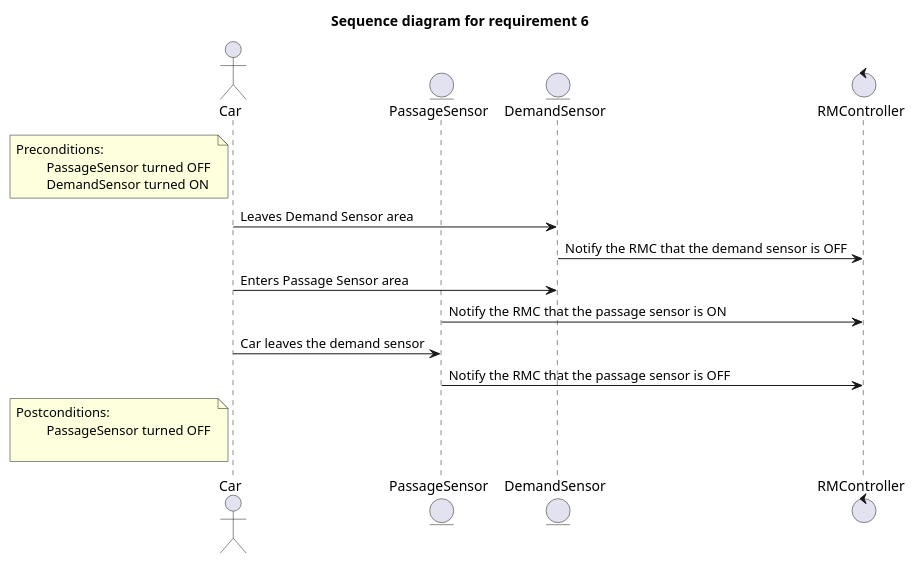
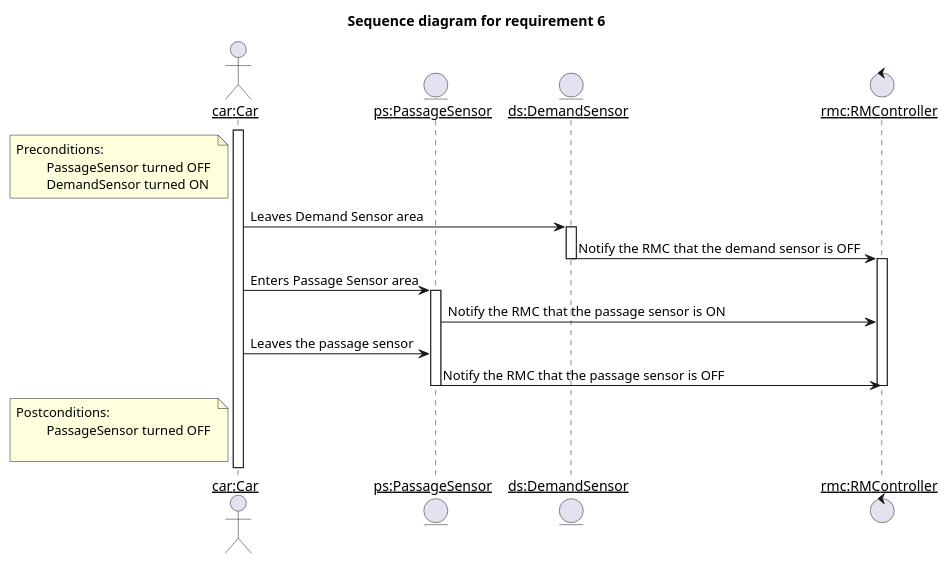
Before and after one commit to MaksimKarnaukh/MoSIS: the diagram in 01_RequirementsChecking/diagrams/sequence_diagram_req6.puml, drawn with PlantUML. The commit also changed 1 other file, not shown here.

```diff
--- a/01_RequirementsChecking/diagrams/sequence_diagram_req6.puml
+++ b/01_RequirementsChecking/diagrams/sequence_diagram_req6.puml
@@ -1,24 +1,32 @@
 @startuml
+skinparam sequenceParticipant underline
 
 '6) The passage sensor can only be turned ON once a car leaves the demand
 'sensor shifting from ON to OFF. Another car can only turn the
 'passage sensor ON once it has been turned OFF (the previous car joined the mainline).
 title "Sequence diagram for requirement 6"
 
-actor Car as Car
-entity PassageSensor as PS
-entity DemandSensor as DS
-control RMController as RMC
+actor "car:Car" as Car
+entity "ps:PassageSensor" as PS
+entity "ds:DemandSensor" as DS
+control "rmc:RMController" as RMC
 
 note left of Car : Preconditions:\n\t PassageSensor turned OFF \n\t DemandSensor turned ON
 
+Activate Car
 Car -> DS:Leaves Demand Sensor area
+Activate DS
 DS -> RMC : Notify the RMC that the demand sensor is OFF
-Car -> DS:Enters Passage Sensor area
+Deactivate DS
+Activate RMC
+Car -> PS:Enters Passage Sensor area
+Activate PS
 PS -> RMC : Notify the RMC that the passage sensor is ON
-Car -> PS :Car leaves the demand sensor
+Car -> PS :Leaves the passage sensor
 PS -> RMC : Notify the RMC that the passage sensor is OFF
+Deactivate PS
+Deactivate RMC
 
 note left  of Car : Postconditions:\n\t PassageSensor turned OFF \n\t
 
 @enduml
```
